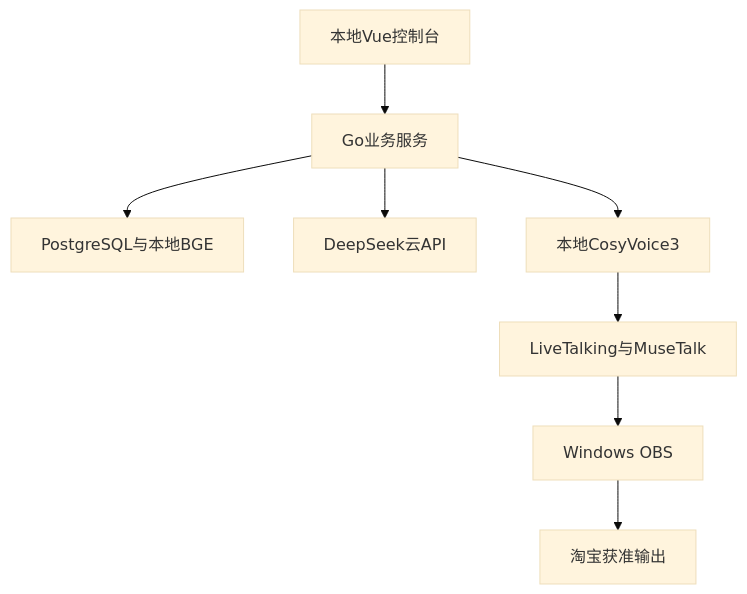
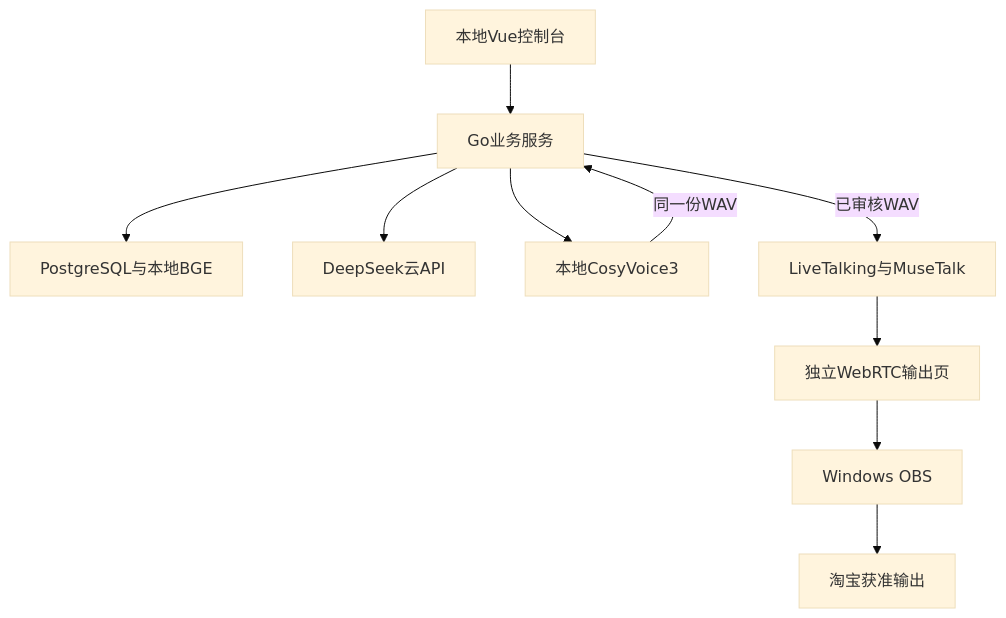
Before and after one commit to gongzhiqiang666-star/shuziren: the diagram in docs/DEVELOPMENT_PLAN.md, drawn with Mermaid (base theme). The commit also changed other lines of this file and 132 other files, not shown here.

````diff
--- a/docs/DEVELOPMENT_PLAN.md
+++ b/docs/DEVELOPMENT_PLAN.md
@@ -79,10 +87,12 @@
 ```mermaid
 flowchart TD
   UI[本地Vue控制台] --> GO[Go业务服务]
   GO --> DB[PostgreSQL与本地BGE]
   GO --> DS[DeepSeek云API]
   GO --> TTS[本地CosyVoice3]
-  TTS --> AV[LiveTalking与MuseTalk]
-  AV --> OBS[Windows OBS]
+  TTS -->|同一份WAV| GO
+  GO -->|已审核WAV| AV[LiveTalking与MuseTalk]
+  AV --> OUT[独立WebRTC输出页]
+  OUT --> OBS[Windows OBS]
   OBS --> TB[淘宝获准输出]
 ```
````
